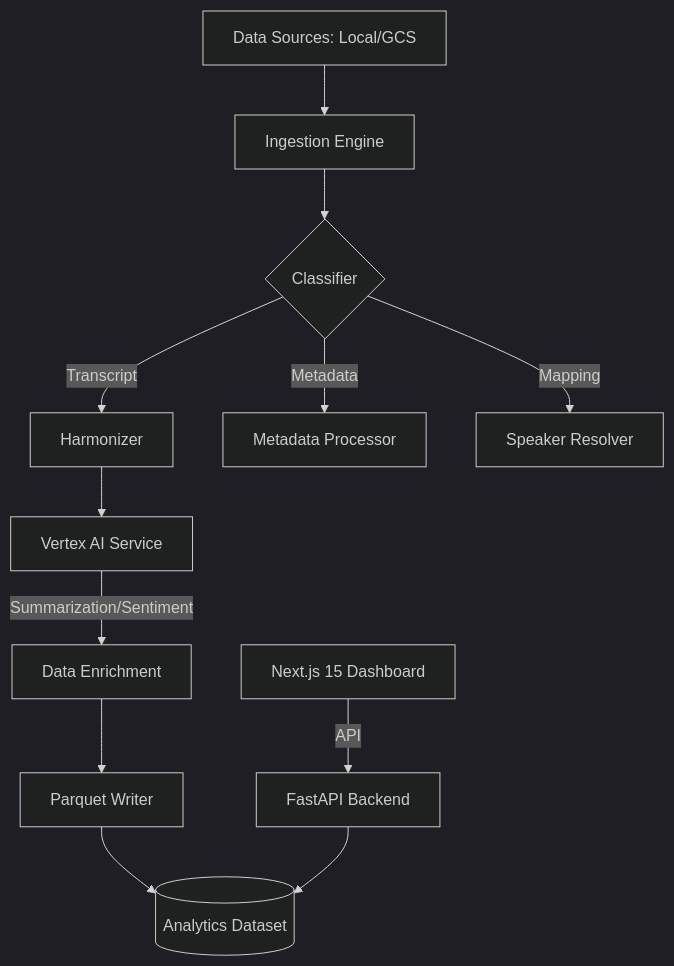
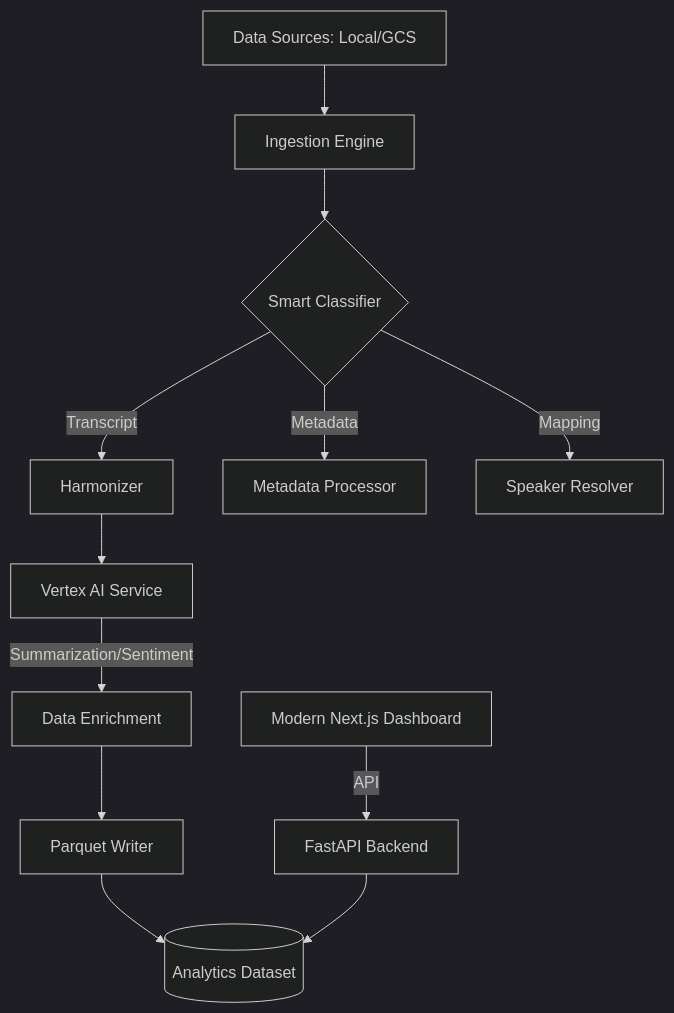
One commit to samad-k-shaik/TIP-Transcript-Intelligence-Platform changed the diagram in README.md. Above: the diagram before and after it, drawn with Mermaid (dark theme). The commit also changed other lines of this file, not shown here.

````diff
--- a/README.md
+++ b/README.md
@@ -30,15 +16,15 @@
 ```mermaid
 graph TD
     A[Data Sources: Local/GCS] --> B[Ingestion Engine]
-    B --> C{Classifier}
+    B --> C{Smart Classifier}
     C -->|Transcript| D[Harmonizer]
     C -->|Metadata| E[Metadata Processor]
     C -->|Mapping| F[Speaker Resolver]
     D --> G[Vertex AI Service]
     G -->|Summarization/Sentiment| H[Data Enrichment]
     H --> I[Parquet Writer]
     I --> J[(Analytics Dataset)]
     
-    K[Next.js 15 Dashboard] -->|API| L[FastAPI Backend]
+    K[Modern Next.js Dashboard] -->|API| L[FastAPI Backend]
     L --> J
 ```
````
